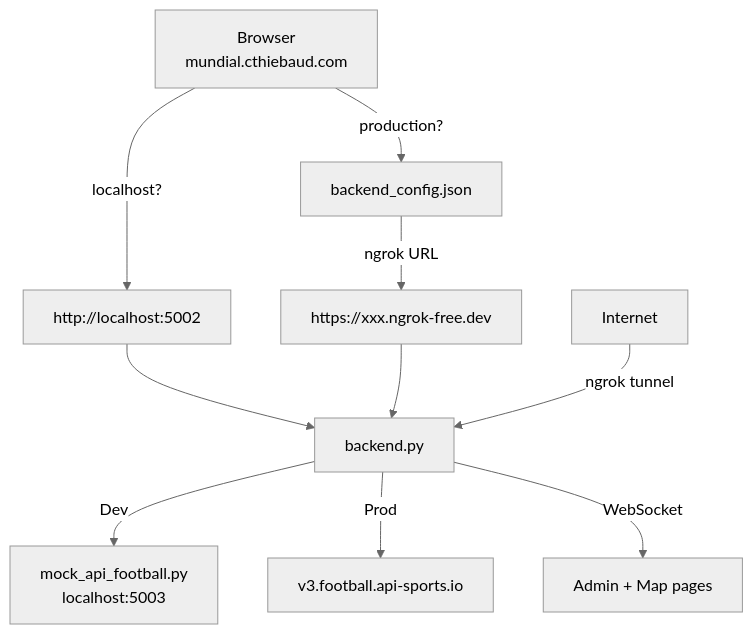
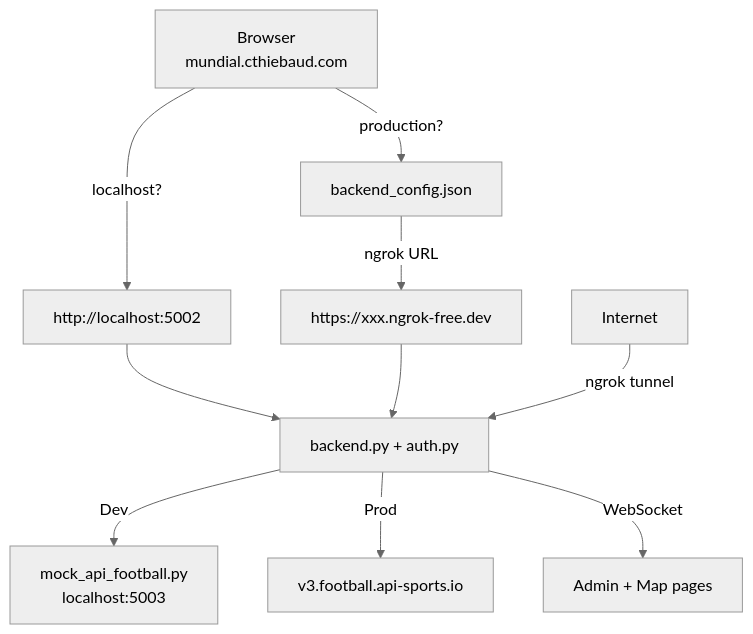
Before and after one commit to born-in-plays-for/mundial-server: the diagram in README.md, drawn with Mermaid (neutral theme). The commit also changed other lines of this file and 7 other files, not shown here.

````diff
--- a/README.md
+++ b/README.md
@@ -204,10 +162,10 @@
 ```mermaid
 graph TD
     A[Browser<br>mundial.cthiebaud.com] -->|localhost?| B1[http://localhost:5002]
     A -->|production?| F[backend_config.json] -->|ngrok URL| B2[https://xxx.ngrok-free.dev]
-    B1 & B2 --> B[backend.py]
+    B1 & B2 --> B[backend.py + auth.py]
     B -->|Dev| C[mock_api_football.py<br>localhost:5003]
     B -->|Prod| D[v3.football.api-sports.io]
     E[Internet] -->|ngrok tunnel| B
     B -->|WebSocket| G[Admin + Map pages]
 ```
````
